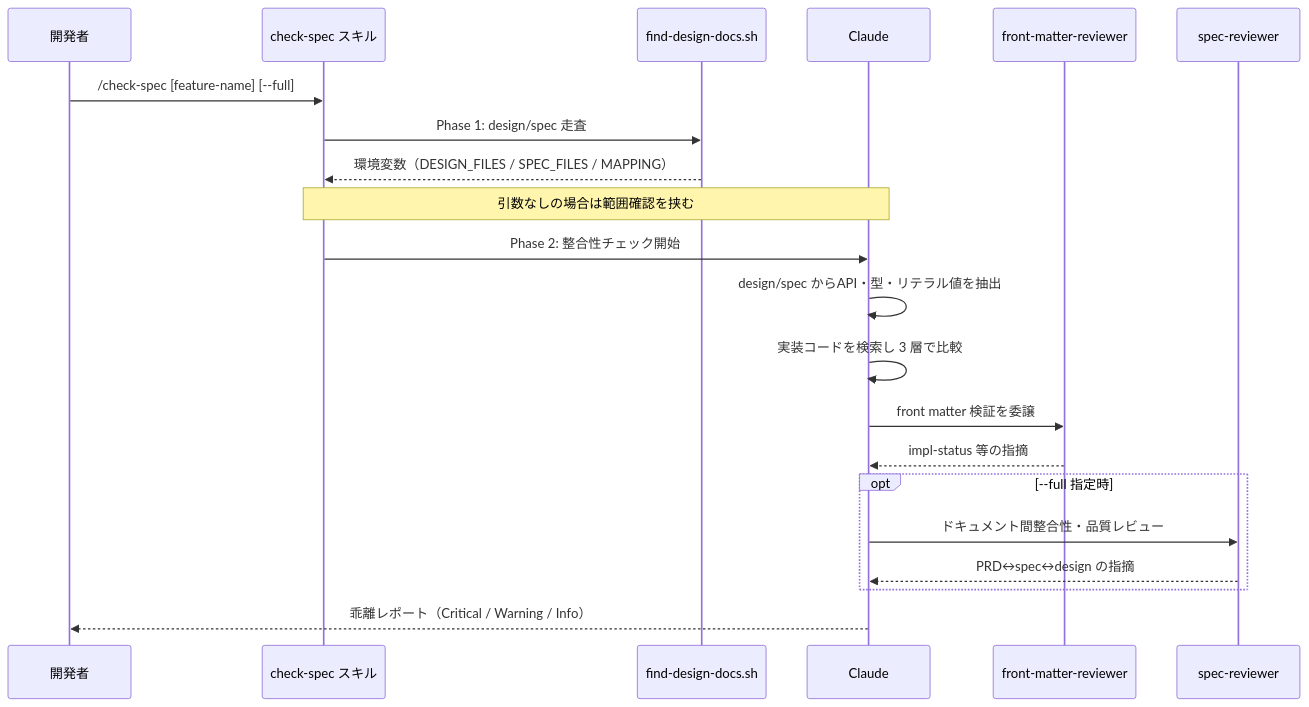
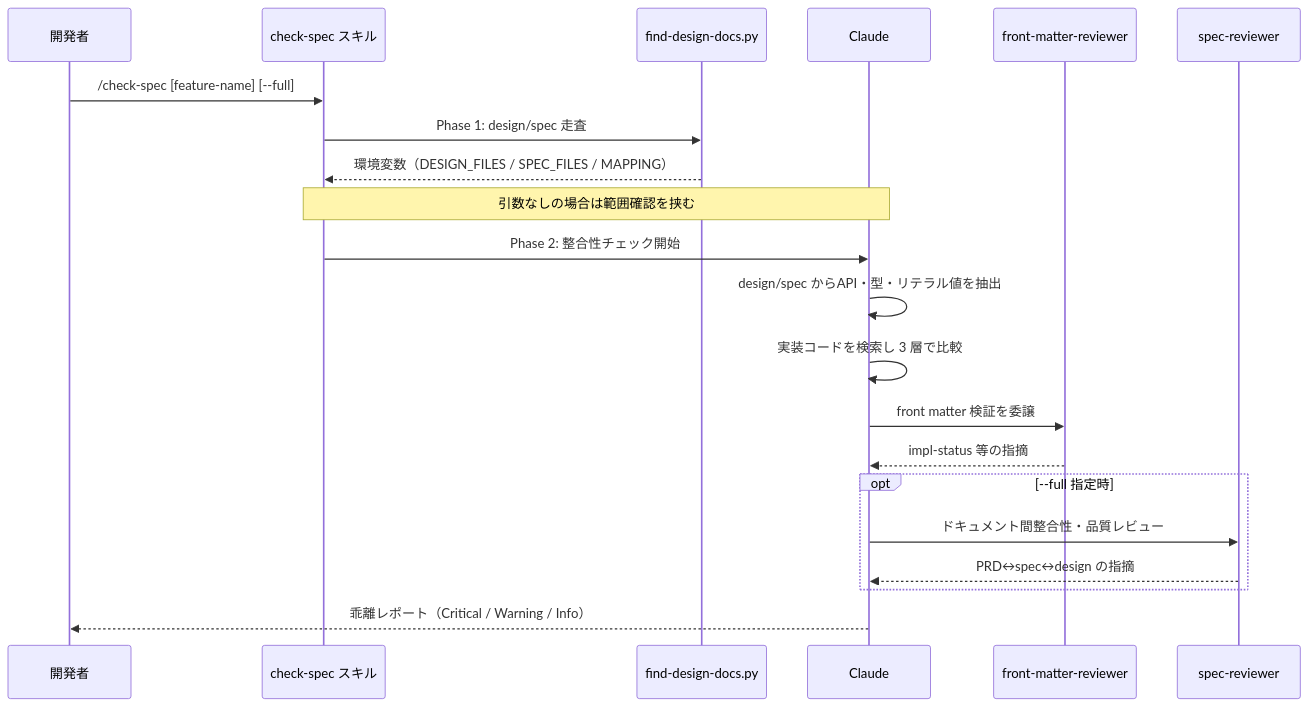
Before and after one commit to ToshikiImagawa/ai-sdd-workflow-dev: the diagram in .sdd/specification/quality-guardrails/impl-spec-check_spec.md, drawn with Mermaid. The commit also changed other lines of this file and 11 other files, not shown here.

````diff
--- a/.sdd/specification/quality-guardrails/impl-spec-check_spec.md
+++ b/.sdd/specification/quality-guardrails/impl-spec-check_spec.md
@@ -150,24 +150,24 @@
 ```mermaid
 sequenceDiagram
     participant Dev as 開発者
     participant Skill as check-spec スキル
-    participant Script as find-design-docs.sh
+    participant Script as find-design-docs.py
     participant Claude
     participant FMR as front-matter-reviewer
     participant SR as spec-reviewer
 
     Dev ->> Skill: /check-spec [feature-name] [--full]
     Skill ->> Script: Phase 1: design/spec 走査
     Script -->> Skill: 環境変数（DESIGN_FILES / SPEC_FILES / MAPPING）
     Note over Skill,Claude: 引数なしの場合は範囲確認を挟む
     Skill ->> Claude: Phase 2: 整合性チェック開始
     Claude ->> Claude: design/spec からAPI・型・リテラル値を抽出
     Claude ->> Claude: 実装コードを検索し 3 層で比較
     Claude ->> FMR: front matter 検証を委譲
     FMR -->> Claude: impl-status 等の指摘
     opt --full 指定時
         Claude ->> SR: ドキュメント間整合性・品質レビュー
         SR -->> Claude: PRD↔spec↔design の指摘
     end
     Claude -->> Dev: 乖離レポート（Critical / Warning / Info）
 ```
````
